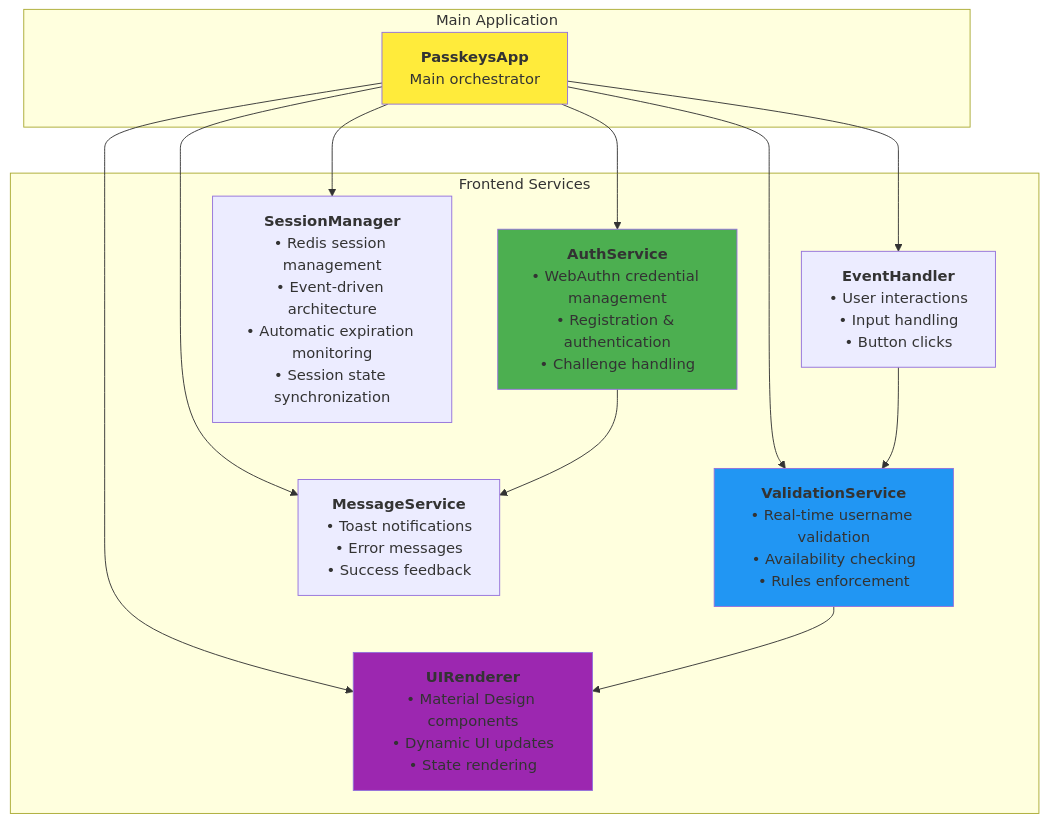
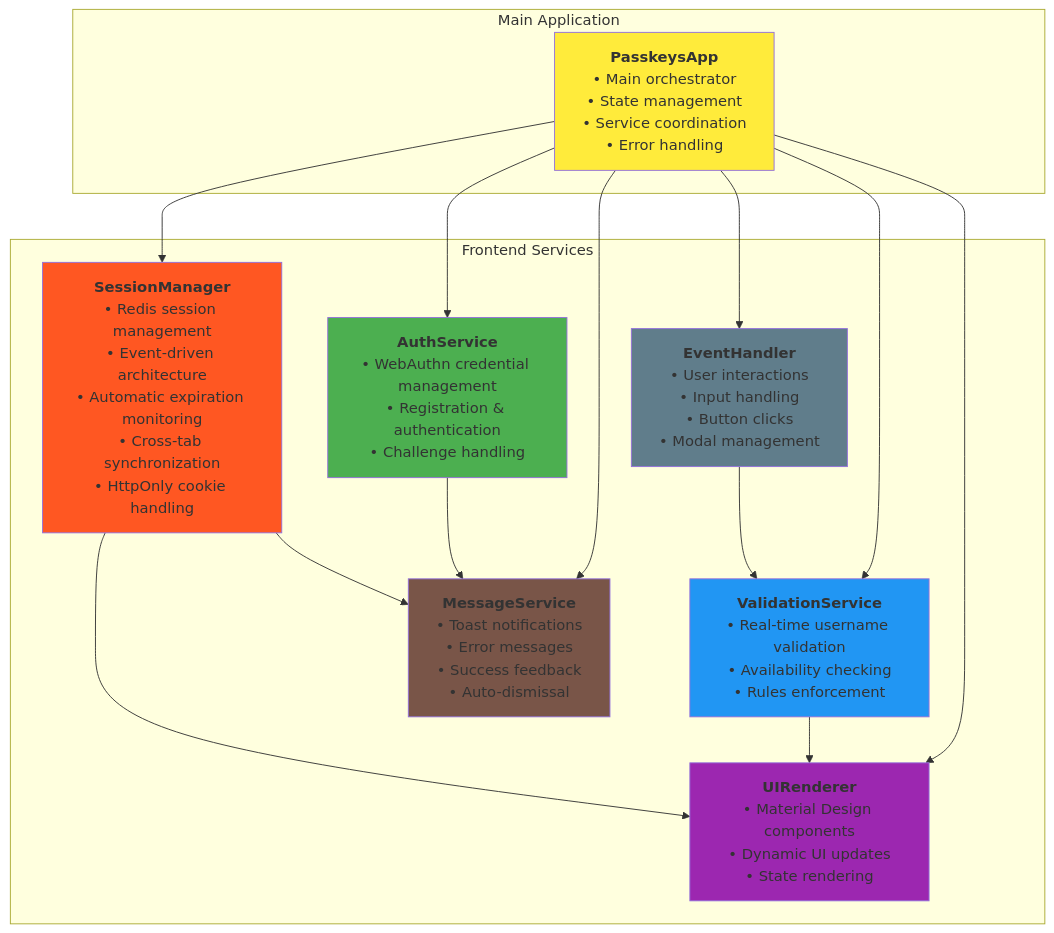
Before and after one commit to mabreyes/cssecdv-passkeys: the second of 7 diagrams in README.md, drawn with Mermaid. The commit also changed other lines of this file, not shown here.

Commit message:
fix: Add threat diagram in readme

````diff
--- a/README.md
+++ b/README.md
@@ -201,56 +265,67 @@
 ```mermaid
 graph TD
     subgraph "Frontend Services"
         AuthService["`**AuthService**
         • WebAuthn credential management
         • Registration & authentication
         • Challenge handling`"]
 
         ValidationService["`**ValidationService**
         • Real-time username validation
         • Availability checking
         • Rules enforcement`"]
 
         UIRenderer["`**UIRenderer**
         • Material Design components
         • Dynamic UI updates
         • State rendering`"]
 
         EventHandler["`**EventHandler**
         • User interactions
         • Input handling
-        • Button clicks`"]
+        • Button clicks
+        • Modal management`"]
 
         MessageService["`**MessageService**
         • Toast notifications
         • Error messages
-        • Success feedback`"]
+        • Success feedback
+        • Auto-dismissal`"]
 
         SessionManager["`**SessionManager**
         • Redis session management
         • Event-driven architecture
         • Automatic expiration monitoring
-        • Session state synchronization`"]
+        • Cross-tab synchronization
+        • HttpOnly cookie handling`"]
     end
 
     subgraph "Main Application"
         PasskeysApp["`**PasskeysApp**
-        Main orchestrator`"]
+        • Main orchestrator
+        • State management
+        • Service coordination
+        • Error handling`"]
     end
 
     PasskeysApp --> AuthService
     PasskeysApp --> ValidationService
     PasskeysApp --> UIRenderer
     PasskeysApp --> EventHandler
     PasskeysApp --> MessageService
     PasskeysApp --> SessionManager
 
     EventHandler --> ValidationService
     ValidationService --> UIRenderer
     AuthService --> MessageService
+    SessionManager --> MessageService
+    SessionManager --> UIRenderer
 
     style PasskeysApp fill:#ffeb3b
     style AuthService fill:#4caf50
     style ValidationService fill:#2196f3
     style UIRenderer fill:#9c27b0
+    style SessionManager fill:#ff5722
+    style MessageService fill:#795548
+    style EventHandler fill:#607d8b
 ```
````
